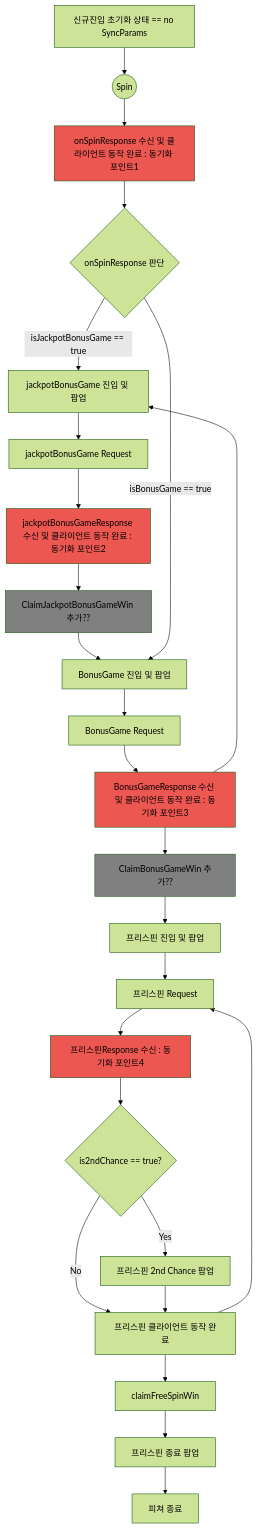
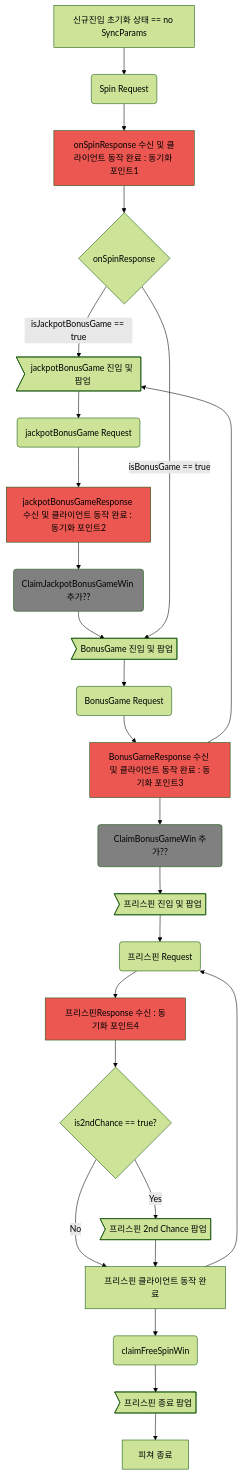
One commit to AlanSynn/slate changed the fourth of 4 diagrams in source/index.html.md. Above: the diagram before and after it, drawn with Mermaid (forest theme).

Commit message:
Update JQ flowchart

```diff
--- a/source/index.html.md
+++ b/source/index.html.md
@@ -346,37 +346,37 @@
 <div class="mermaid">
 graph TD
-    S[신규진입 초기화 상태 == no SyncParams] -->F1((Spin))
+    S[신규진입 초기화 상태 == no SyncParams] -->F1(Spin Request)
     F1 --> R[onSpinResponse 수신 및 클라이언트 동작 완료 : 동기화 포인트1]
-    R --> B{onSpinResponse 판단}
-    B -->|isJackpotBonusGame == true| F3[jackpotBonusGame 진입 및 팝업]
-    F3 --> F3-1[jackpotBonusGame Request]
+    R --> B{onSpinResponse}
+    B -->|isJackpotBonusGame == true| F3>jackpotBonusGame 진입 및 팝업]
+    F3 --> F3-1(jackpotBonusGame Request)
     F3-1 --> F3-2[jackpotBonusGameResponse 수신 및 클라이언트 동작 완료 : 동기화 포인트2]
-    F3-2 --> Q[ClaimJackpotBonusGameWin 추가??]
+    F3-2 --> Q(ClaimJackpotBonusGameWin 추가??)
     Q --> F2
-    B -->|isBonusGame == true| F2[BonusGame 진입 및 팝업]
-    F2 --> F2-1[BonusGame Request]
+    B -->|isBonusGame == true| F2>BonusGame 진입 및 팝업]
+    F2 --> F2-1(BonusGame Request)
     F2-1 --> F2-2[BonusGameResponse 수신 및 클라이언트 동작 완료 : 동기화 포인트3]
     F2-2 --> F3
-    F2-2 --> Q2[ClaimBonusGameWin 추가??]
-    Q2 --> F4[프리스핀 진입 및 팝업]
-    F4 --> F4-R[프리스핀 Request]
+    F2-2 --> Q2(ClaimBonusGameWin 추가??)
+    Q2 --> F4>프리스핀 진입 및 팝업]
+    F4 --> F4-R(프리스핀 Request)
     F4-R --> F4-1[프리스핀Response 수신 : 동기화 포인트4]
     F4-1 --> F4-Q{is2ndChance == true?}
-    F4-Q --> |Yes| F4-2[프리스핀 2nd Chance 팝업]
+    F4-Q --> |Yes| F4-2>프리스핀 2nd Chance 팝업]
     F4-Q --> |No| F4-3
     F4-2 --> F4-3[프리스핀 클라이언트 동작 완료]
     F4-3 --> F4-R
-    F4-3 --> F4-Q2[claimFreeSpinWin]
-    F4-Q2 --> F4-4[프리스핀 종료 팝업]
+    F4-3 --> F4-Q2(claimFreeSpinWin)
+    F4-Q2 --> F4-4>프리스핀 종료 팝업]
     F4-4 --> E[피쳐 종료]
     style R fill:#ED5752
     style F2-2 fill:#ED5752
     style F3-2 fill:#ED5752
     style F4-1 fill:#ED5752
     style Q fill:#808080
     style Q2 fill:#808080
     click R "#sync-point-1" "동기화 포인트1"
     click F2-2 "#sync-point-3" "동기화 포인트3"
     click F3-2 "#sync-point-2" "동기화 포인트2"
     click F4-1 "#sync-point-4" "동기화 포인트4"
 </div>
```
